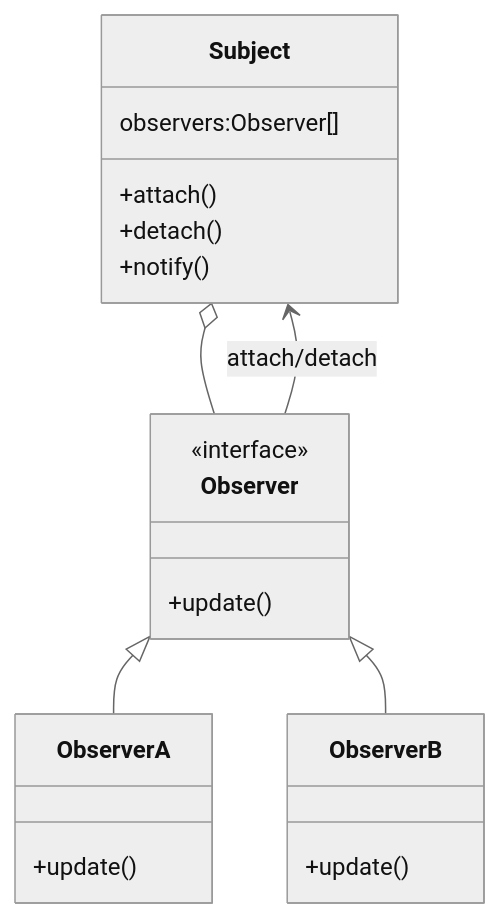
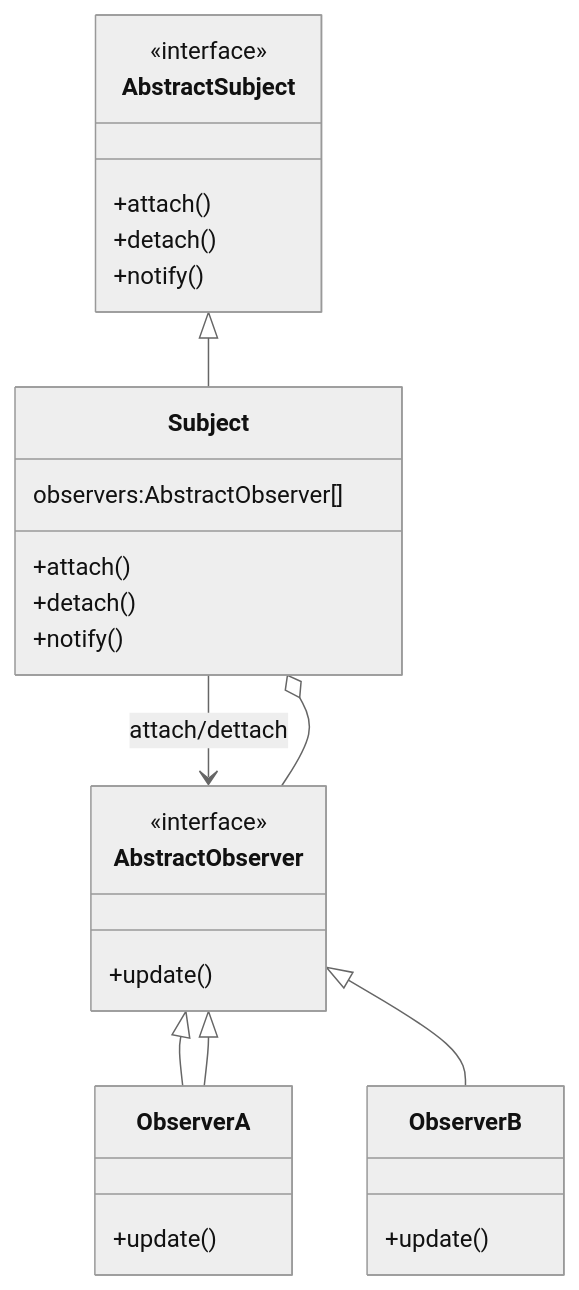
One commit to jwang1122/python-II changed the third of 6 diagrams in aDoc/Python-2.md. Above: the diagram before and after it, drawn with Mermaid (neutral theme). The commit also changed other lines of this file and 19 other files, not shown here.

````diff
--- a/aDoc/Python-2.md
+++ b/aDoc/Python-2.md
@@ -753,24 +756,32 @@
 ```mermaid
 classDiagram
-class Subject{
-    observers:Observer[]
+class AbstractSubject{
     +attach()
     +detach()
     +notify()
 }
-class Observer{
+class Subject{
+    observers:AbstractObserver[]
+    +attach()
+    +detach()
+    +notify()
+}
+<<interface>> AbstractSubject
+AbstractSubject <|-- Subject
+Subject --> AbstractObserver:attach/dettach
+class AbstractObserver{
     +update()
 }
-<<interface>> Observer
-Subject o-- Observer
-Observer --> Subject:attach/detach
+<<interface>> AbstractObserver
+AbstractObserver <|-- ObserverA
+Subject o-- AbstractObserver
 class ObserverA{
     +update()
 }
 class ObserverB{
     +update()
 }
-Observer <|-- ObserverA
-Observer <|-- ObserverB
+AbstractObserver <|-- ObserverA
+AbstractObserver <|-- ObserverB
 
 ```
````
